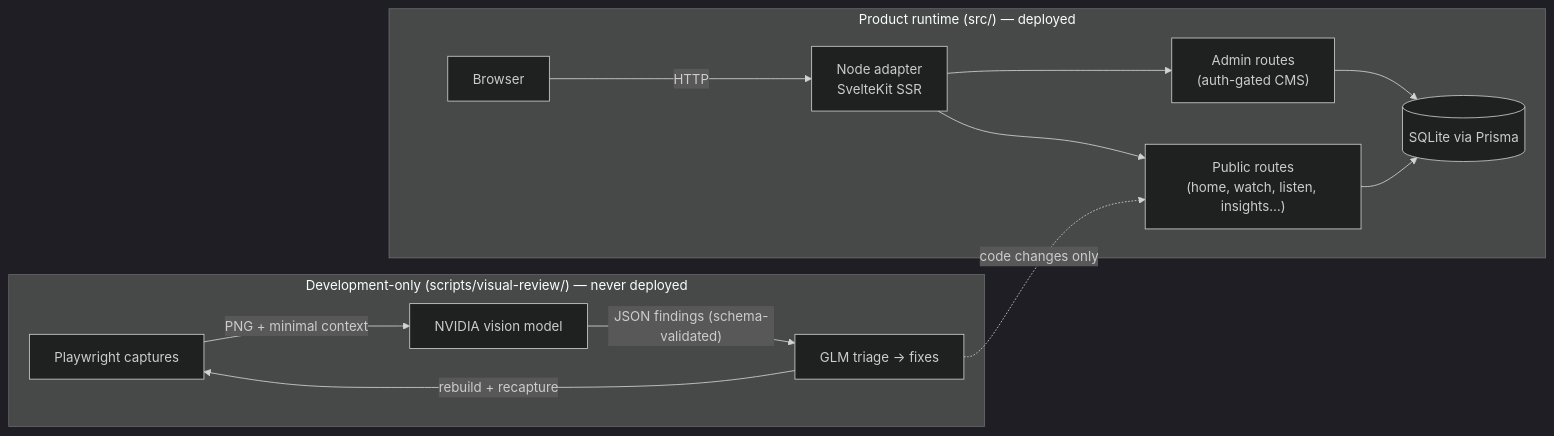
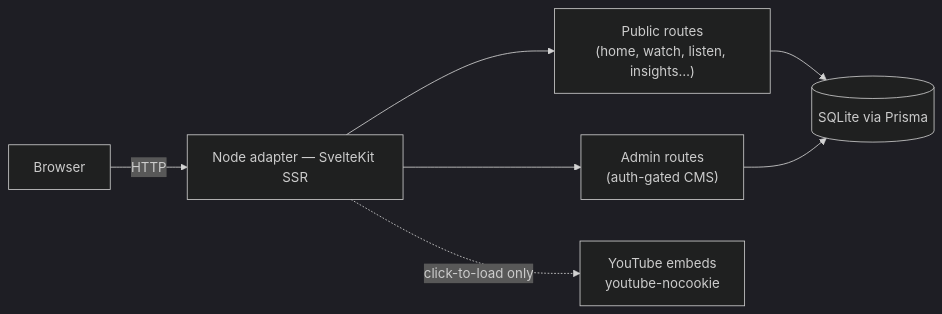
One commit to Maverick-Limitless/Daniel-Shabrokh-Podcast-Website changed the diagram in README.md. Above: the diagram before and after it, drawn with Mermaid (dark theme). The commit also changed other lines of this file and 111 other files, not shown here.

Commit message:
Presentation hardening: internal engineering material moved to private archive; public docs rewritten product-first; spec-citation markers stripped from comments; enterprise README (product-only architecture diagram, curated real screenshots, verified test counts 34 unit / 38 E2E)

````diff
--- a/README.md
+++ b/README.md
@@ -100,16 +91,9 @@
 ```mermaid
 flowchart LR
-  subgraph Product["Product runtime (src/) — deployed"]
-    B[Browser] -->|HTTP| N[Node adapter\nSvelteKit SSR]
-    N --> A["Admin routes\n(auth-gated CMS)"]
-    N --> P["Public routes\n(home, watch, listen, insights…)"]
-    A --> D[(SQLite via Prisma)]
-    P --> D
-  end
-  subgraph Dev["Development-only (scripts/visual-review/) — never deployed"]
-    C[Playwright captures] -->|"PNG + minimal context"| R[NVIDIA vision model]
-    R -->|"JSON findings (schema-validated)"| T[GLM triage → fixes]
-    T -->|rebuild + recapture| C
-  end
-  T -.->|code changes only| P
+  B[Browser] -->|HTTP| N[Node adapter — SvelteKit SSR]
+  N --> P["Public routes\n(home, watch, listen, insights…)"]
+  N --> A["Admin routes\n(auth-gated CMS)"]
+  P --> D[(SQLite via Prisma)]
+  A --> D
+  N -.->|click-to-load only| Y[YouTube embeds\nyoutube-nocookie]
 ```
````
